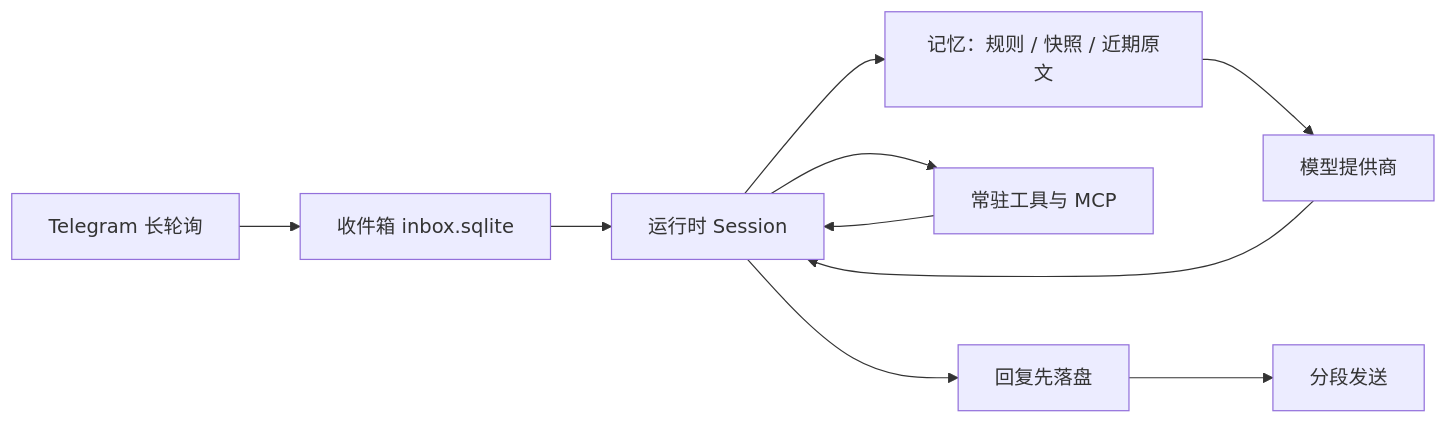
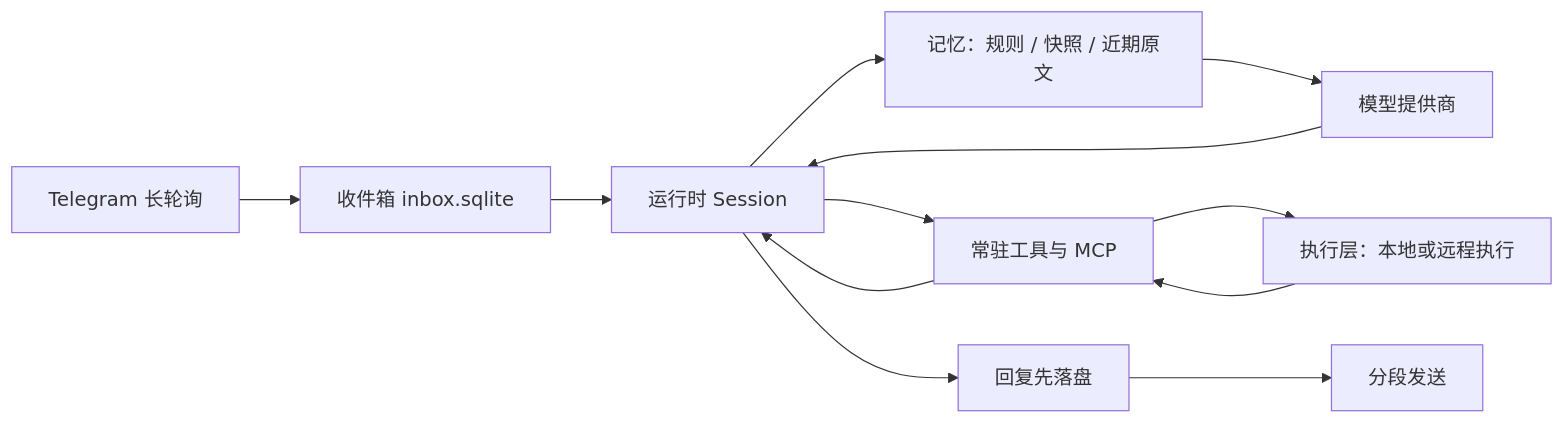
One commit to NaoYUN77/Aster changed the diagram in README.md. Above: the diagram before and after it, drawn with Mermaid. The commit also changed other lines of this file and 1 other file, not shown here.

````diff
--- a/README.md
+++ b/README.md
@@ -15,12 +15,14 @@
 ```mermaid
 flowchart LR
   tg["Telegram 长轮询"] --> inbox["收件箱 inbox.sqlite"]
   inbox --> runtime["运行时 Session"]
   runtime --> memory["记忆：规则 / 快照 / 近期原文"]
   memory --> model["模型提供商"]
   runtime --> tools["常驻工具与 MCP"]
+  tools --> exec["执行层：本地或远程执行"]
+  exec --> tools
   tools --> runtime
   model --> runtime
   runtime --> saved["回复先落盘"]
   saved --> send["分段发送"]
 ```
````
